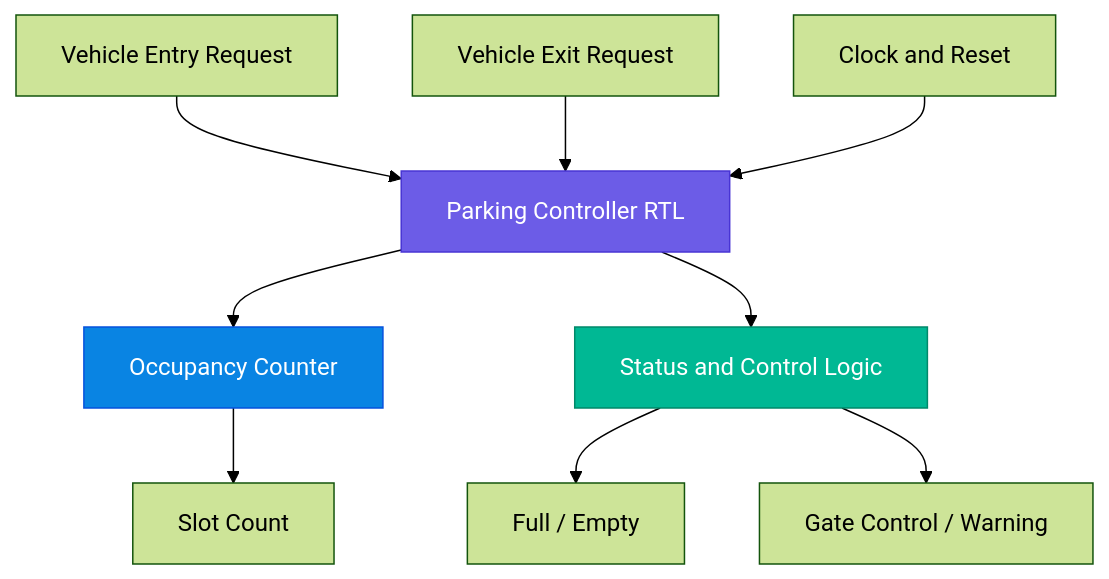
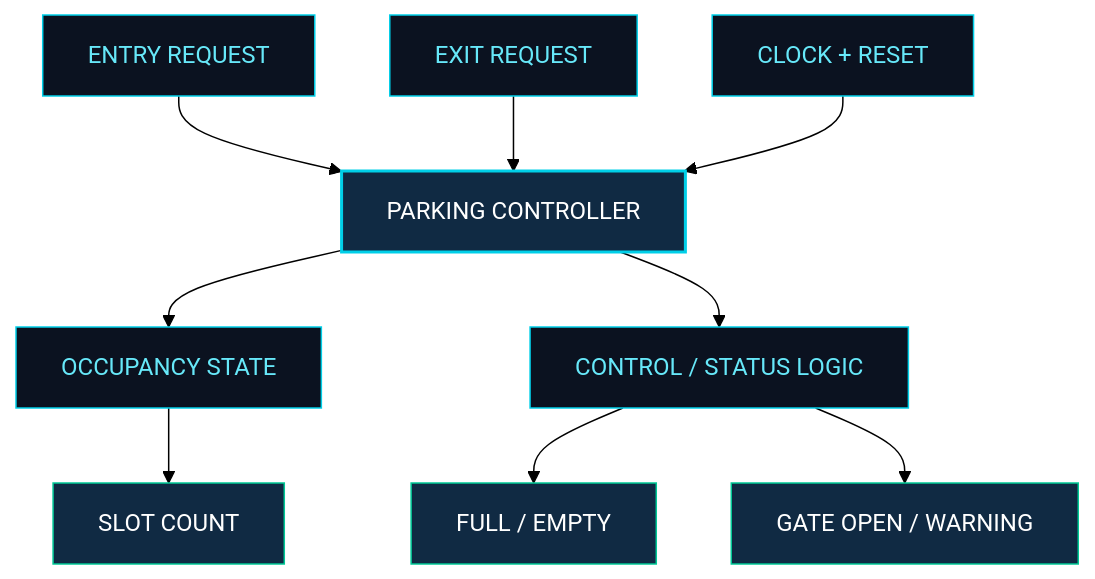
One commit to Sushmitha761/VSD_RTL-Design-Workshop1 changed the first of 2 diagrams in Four-Slot-Smart-Parking-ASIC/README.md. Above: the diagram before and after it, drawn with Mermaid (forest theme). The commit also changed other lines of this file, not shown here.

````diff
--- a/Four-Slot-Smart-Parking-ASIC/README.md
+++ b/Four-Slot-Smart-Parking-ASIC/README.md
@@ -46,14 +53,21 @@
 ```mermaid
 flowchart TD
-    A["Vehicle Entry Request"] --> D["Parking Controller RTL"]
-    B["Vehicle Exit Request"] --> D
-    C["Clock and Reset"] --> D
-    D --> E["Occupancy Counter"]
-    D --> F["Status and Control Logic"]
-    E --> G["Slot Count"]
-    F --> H["Full / Empty"]
-    F --> I["Gate Control / Warning"]
-    style D fill:#6C5CE7,color:#FFFFFF,stroke:#4834D4
-    style E fill:#0984E3,color:#FFFFFF,stroke:#0652DD
-    style F fill:#00B894,color:#FFFFFF,stroke:#00896A
+    A["ENTRY REQUEST"] --> D["PARKING CONTROLLER"]
+    B["EXIT REQUEST"] --> D
+    C["CLOCK + RESET"] --> D
+    D --> E["OCCUPANCY STATE"]
+    D --> F["CONTROL / STATUS LOGIC"]
+    E --> G["SLOT COUNT"]
+    F --> H["FULL / EMPTY"]
+    F --> I["GATE OPEN / WARNING"]
+
+    style A fill:#0B1220,color:#67E8F9,stroke:#00CFE8
+    style B fill:#0B1220,color:#67E8F9,stroke:#00CFE8
+    style C fill:#0B1220,color:#67E8F9,stroke:#00CFE8
+    style D fill:#102A43,color:#FFFFFF,stroke:#00CFE8,stroke-width:2px
+    style E fill:#0B1220,color:#67E8F9,stroke:#00CFE8
+    style F fill:#0B1220,color:#67E8F9,stroke:#00CFE8
+    style G fill:#102A43,color:#FFFFFF,stroke:#00C896
+    style H fill:#102A43,color:#FFFFFF,stroke:#00C896
+    style I fill:#102A43,color:#FFFFFF,stroke:#00C896
 ```
````
